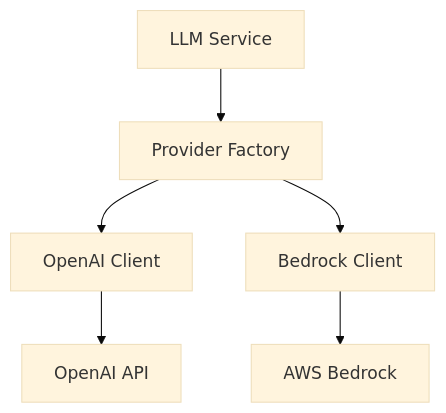
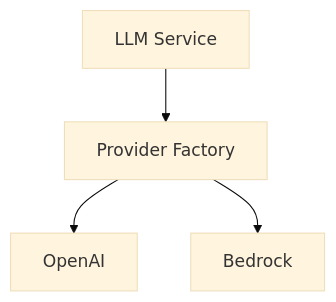
One commit to laialex501/lorechat-container changed the second of 3 diagrams in memory-bank/techContext.md. Above: the diagram before and after it, drawn with Mermaid (base theme). The commit also changed other lines of this file and 11 other files, not shown here.

````diff
--- a/memory-bank/techContext.md
+++ b/memory-bank/techContext.md
@@ -126,9 +43,6 @@
 ```mermaid
 graph TD
     A[LLM Service] --> B[Provider Factory]
-    B --> C[OpenAI Client]
-    B --> D[Bedrock Client]
-    
-    C --> E[OpenAI API]
-    D --> F[AWS Bedrock]
+    B --> C[OpenAI]
+    B --> D[Bedrock]
 ```
````
